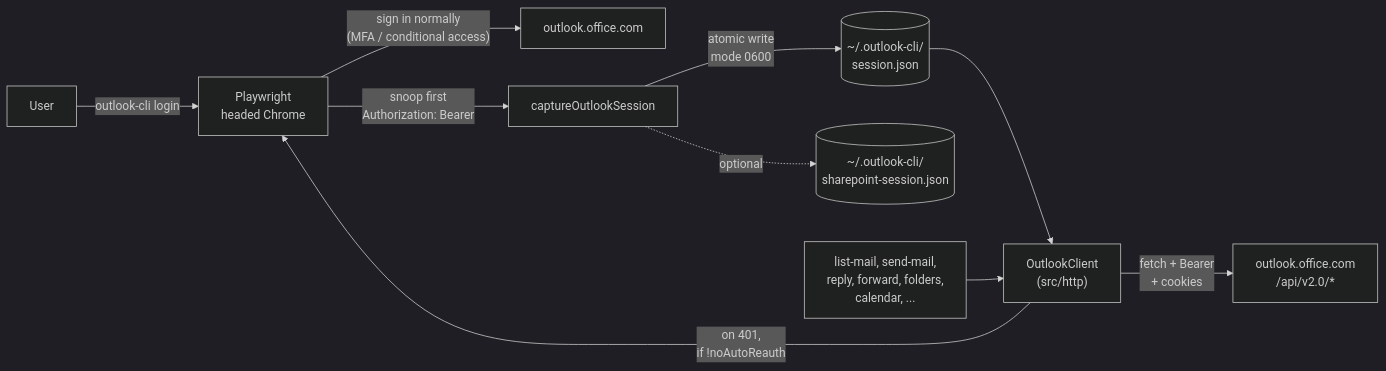
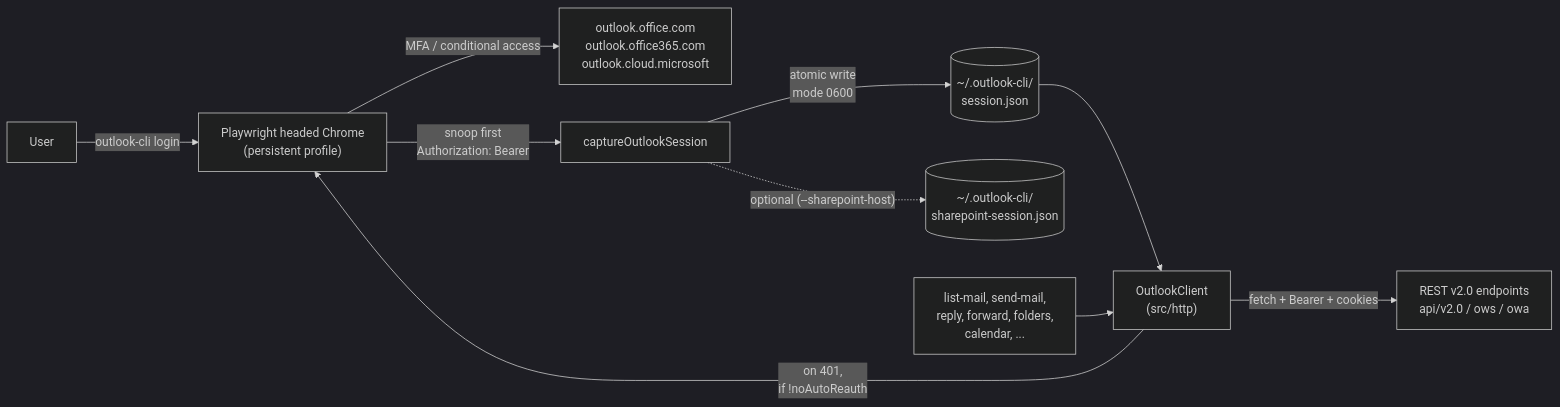
The diagram in README.md (weirdapps/outlook-access), drawn with Mermaid (dark theme) before and after one commit. The commit also changed other lines of this file, not shown here.

First line of the commit message:
docs: rewrite README to reflect current outlook-access (#10)

````diff
--- a/README.md
+++ b/README.md
@@ -78,12 +63,12 @@
 ```mermaid
 flowchart LR
-    A["User"] -->|"outlook-cli login"| B["Playwright<br/>headed Chrome"]
-    B -->|"sign in normally<br/>(MFA / conditional access)"| C["outlook.office.com"]
+    A["User"] -->|"outlook-cli login"| B["Playwright headed Chrome<br/>(persistent profile)"]
+    B -->|"MFA / conditional access"| C["outlook.office.com<br/>outlook.office365.com<br/>outlook.cloud.microsoft"]
     B -->|"snoop first<br/>Authorization: Bearer"| D["captureOutlookSession"]
     D -->|"atomic write<br/>mode 0600"| E[("~/.outlook-cli/<br/>session.json")]
-    D -.optional.-> F[("~/.outlook-cli/<br/>sharepoint-session.json")]
+    D -.optional (--sharepoint-host).-> F[("~/.outlook-cli/<br/>sharepoint-session.json")]
     E --> G["OutlookClient<br/>(src/http)"]
-    G -->|"fetch + Bearer<br/>+ cookies"| H["outlook.office.com<br/>/api/v2.0/*"]
+    G -->|"fetch + Bearer + cookies"| H["REST v2.0 endpoints<br/>api/v2.0 / ows / owa"]
     G -->|"on 401,<br/>if !noAutoReauth"| B
     I["list-mail, send-mail,<br/>reply, forward, folders,<br/>calendar, ..."] --> G
 ```
````
